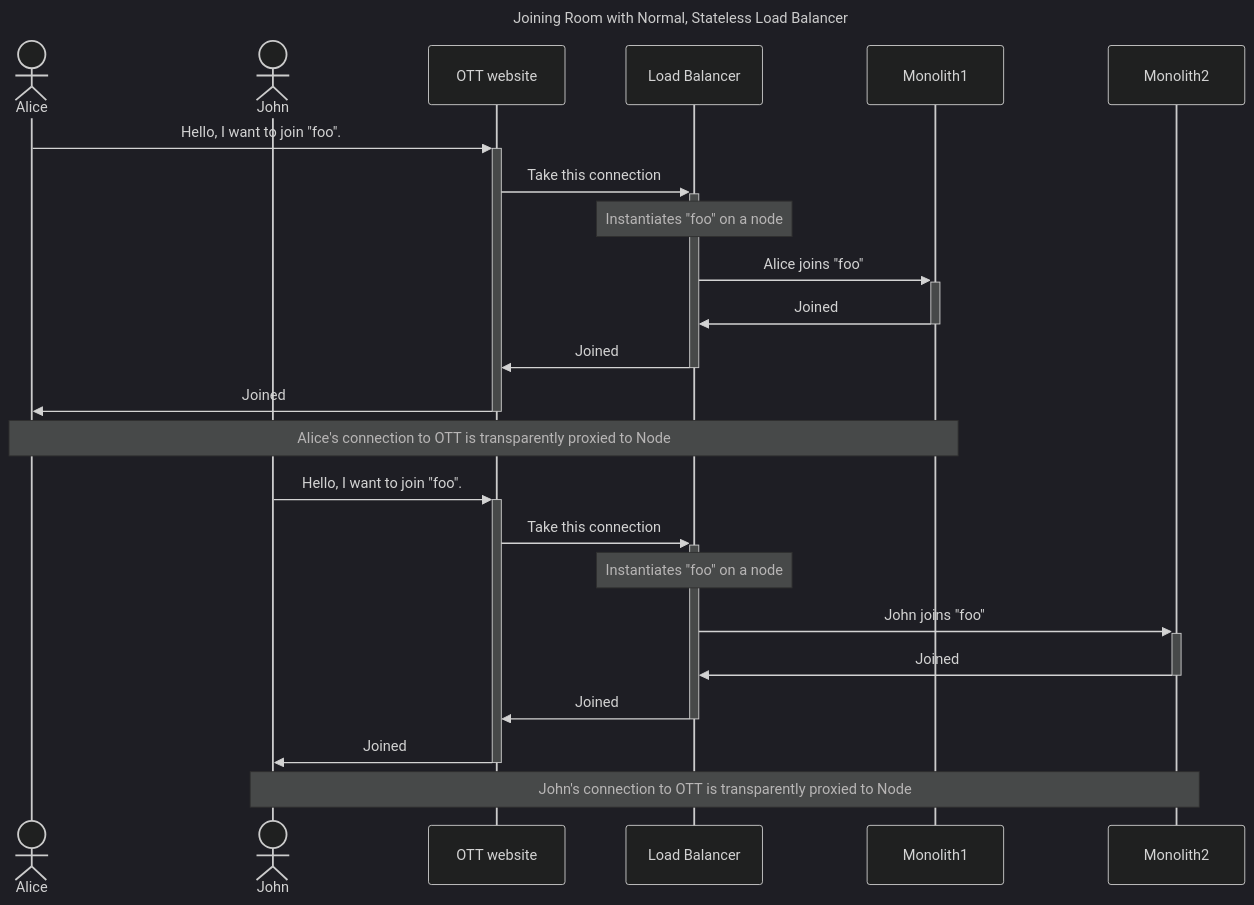
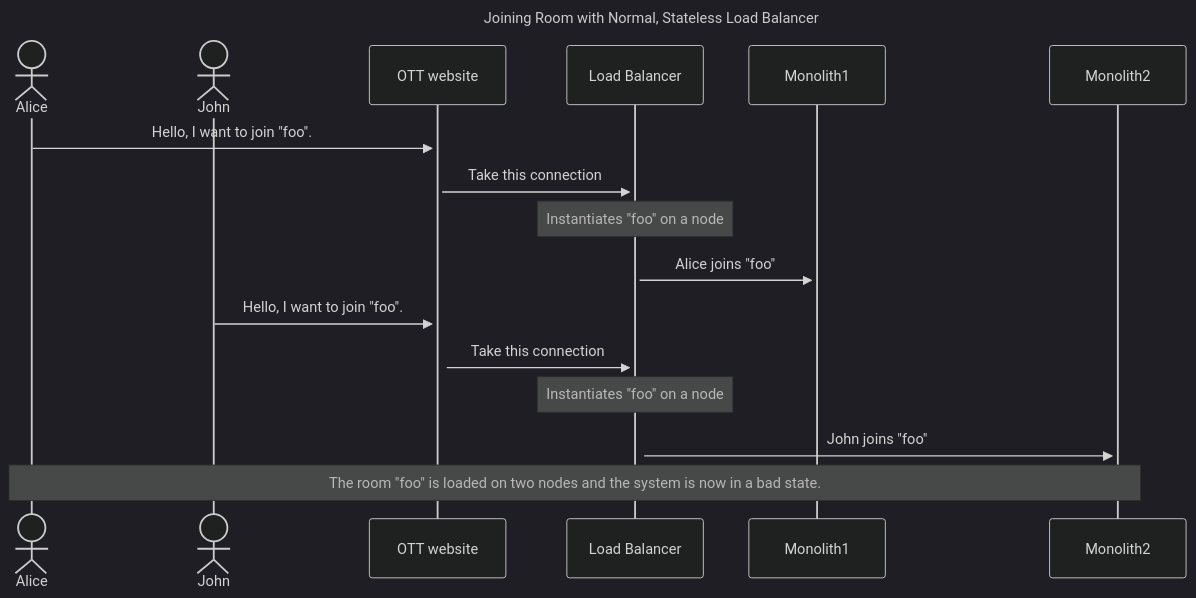
The diagram in final-project/Figures/join-room-stateless.mmd (dyc3/ssw345-group-assignments), drawn with Mermaid (dark theme) before and after one commit. The commit also changed 2 other files, not shown here.

```diff
--- a/final-project/Figures/join-room-stateless.mmd
+++ b/final-project/Figures/join-room-stateless.mmd
@@ -1,26 +1,19 @@
 ---
 title: Joining Room with Normal, Stateless Load Balancer
 ---
 sequenceDiagram
     actor Alice
     actor John
     participant OTT as OTT website
     participant L as Load Balancer
     participant N as Monolith1
     participant M as Monolith2
     Alice->>+OTT: Hello, I want to join "foo".
     OTT->>+L: Take this connection
     Note over L: Instantiates "foo" on a node
     L->>+N: Alice joins "foo"
-    N->>-L: Joined
-    L->>-OTT: Joined
-    OTT->>-Alice: Joined
-    Note over Alice,N: Alice's connection to OTT is transparently proxied to Node
     John->>+OTT: Hello, I want to join "foo".
     OTT->>+L: Take this connection
     Note over L: Instantiates "foo" on a node
     L->>+M: John joins "foo"
-    M->>-L: Joined
-    L->>-OTT: Joined
-    OTT->>-John: Joined
-    Note over John,M: John's connection to OTT is transparently proxied to Node
+    Note over Alice,M: The room "foo" is loaded on two nodes and the system is now in a bad state.
```
